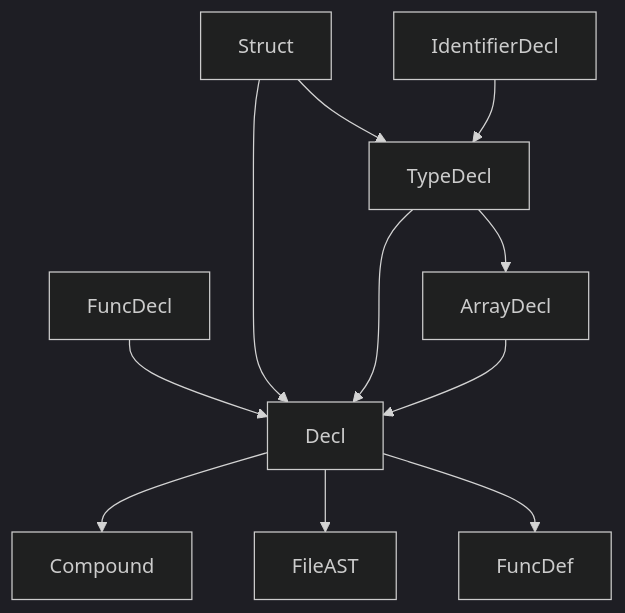
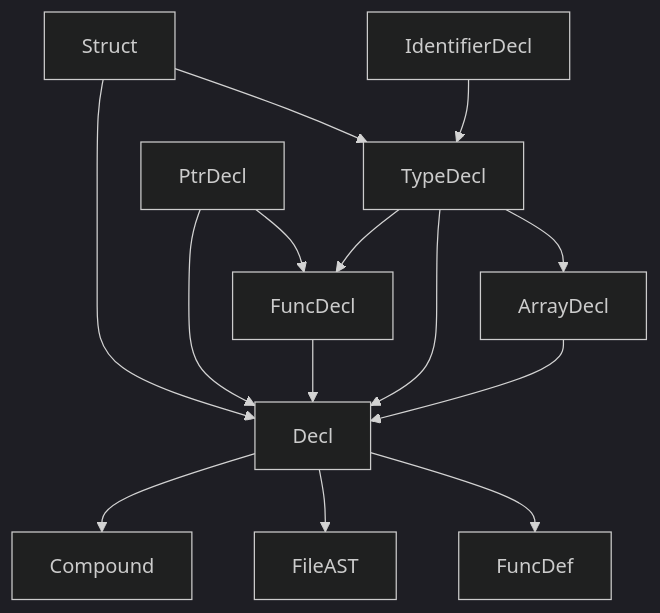
Before and after one commit to kinoud/rvcc: the diagram in doc/c_ast说明.md, drawn with Mermaid (dark theme). The commit also changed 3 other files, not shown here.

````diff
--- a/doc/c_ast说明.md
+++ b/doc/c_ast说明.md
@@ -18,14 +18,17 @@
 ```mermaid
 graph TD
 	Decl-->Compound
 	Decl-->FileAST
 	FuncDecl-->Decl
+  TypeDecl-->FuncDecl
 	TypeDecl-->Decl
 	TypeDecl-->ArrayDecl
 	ArrayDecl-->Decl
+  PtrDecl-->Decl
+  PtrDecl-->FuncDecl
 	Struct-->Decl
 	Struct-->TypeDecl
 	IdentifierDecl-->TypeDecl
 	Decl-->FuncDef
 	
 ```
````
